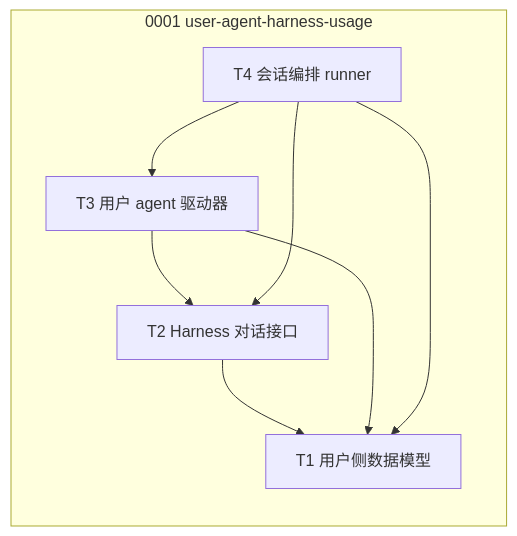
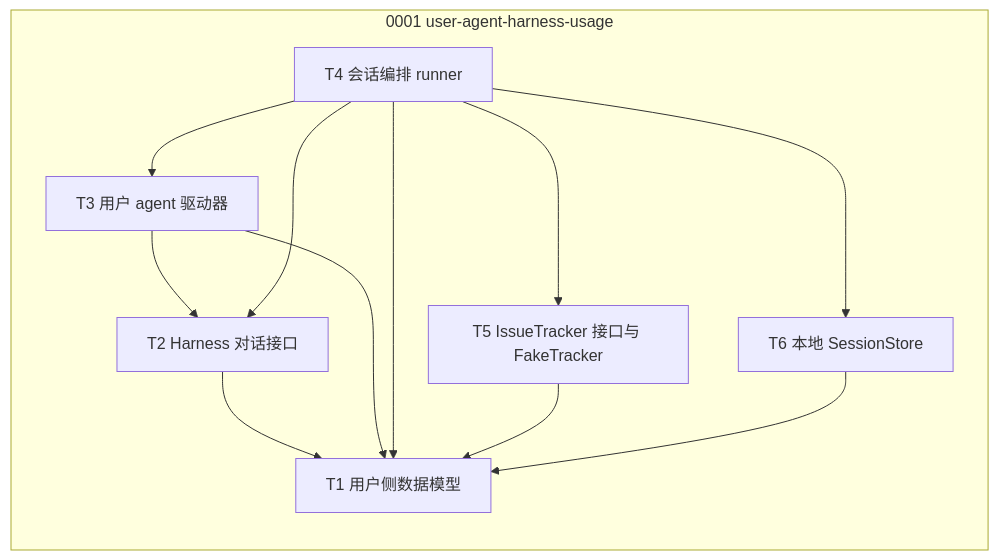
The first of 3 diagrams in docs/specs/OVERVIEW.md (Curry09/AHE-Beta), drawn with Mermaid before and after one commit. The commit also changed other lines of this file and 13 other files, not shown here.

````diff
--- a/docs/specs/OVERVIEW.md
+++ b/docs/specs/OVERVIEW.md
@@ -16,15 +18,21 @@
 ```mermaid
 graph LR
     subgraph G0001[0001 user-agent-harness-usage]
         n0001_T1["T1 用户侧数据模型"]
         n0001_T2["T2 Harness 对话接口"]
         n0001_T3["T3 用户 agent 驱动器"]
         n0001_T4["T4 会话编排 runner"]
+        n0001_T5["T5 IssueTracker 接口与 FakeTracker"]
+        n0001_T6["T6 本地 SessionStore"]
     end
     n0001_T2 --> n0001_T1
     n0001_T3 --> n0001_T1
     n0001_T3 --> n0001_T2
     n0001_T4 --> n0001_T1
     n0001_T4 --> n0001_T2
     n0001_T4 --> n0001_T3
+    n0001_T4 --> n0001_T5
+    n0001_T4 --> n0001_T6
+    n0001_T5 --> n0001_T1
+    n0001_T6 --> n0001_T1
 ```
````
